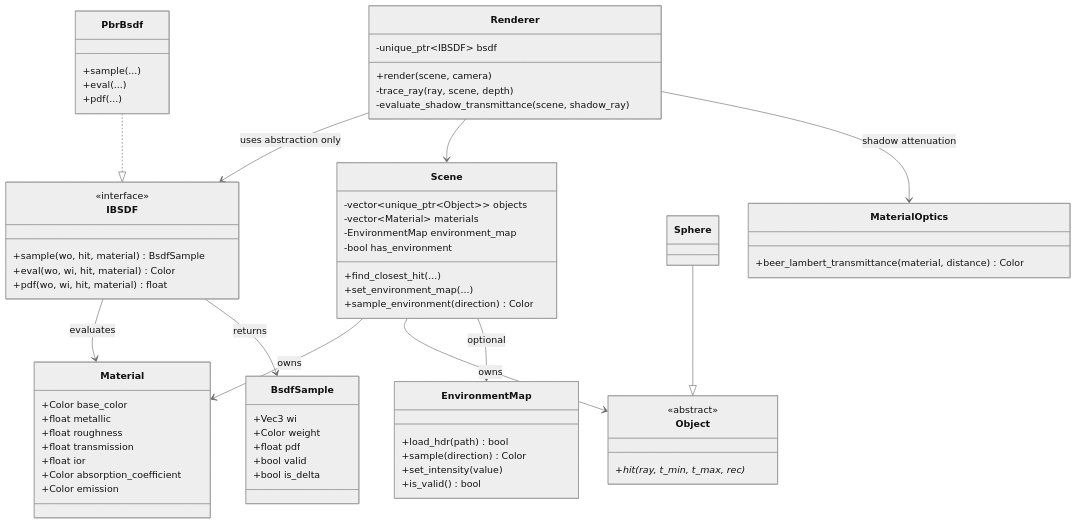
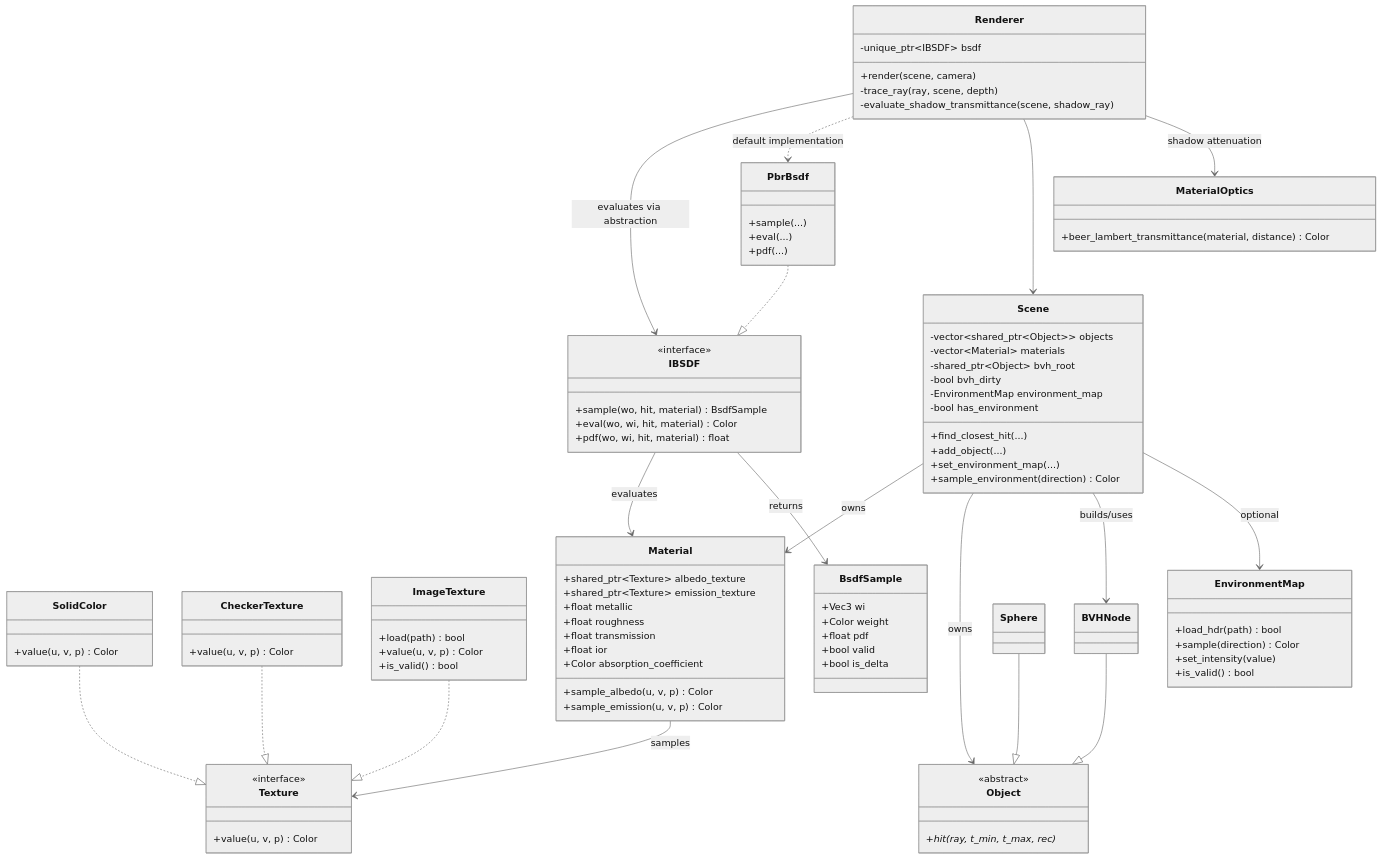
The diagram in docs/class_diagram.md (koretty/RayTracingEngine), drawn with Mermaid (neutral theme) before and after one commit. The commit also changed other lines of this file and 4 other files, not shown here.

````diff
--- a/docs/class_diagram.md
+++ b/docs/class_diagram.md
@@ -3,13 +3,34 @@
 ```mermaid
 classDiagram
+    class Texture {
+        <<interface>>
+        +value(u, v, p) Color
+    }
+
+    class SolidColor {
+        +value(u, v, p) Color
+    }
+
+    class CheckerTexture {
+        +value(u, v, p) Color
+    }
+
+    class ImageTexture {
+        +load(path) bool
+        +value(u, v, p) Color
+        +is_valid() bool
+    }
+
     class Material {
-        +Color base_color
+        +shared_ptr~Texture~ albedo_texture
+        +shared_ptr~Texture~ emission_texture
         +float metallic
         +float roughness
         +float transmission
         +float ior
         +Color absorption_coefficient
-        +Color emission
+        +sample_albedo(u, v, p) Color
+        +sample_emission(u, v, p) Color
     }
 
     class EnvironmentMap {
@@ -41,11 +62,14 @@
     }
 
     class Scene {
-        -vector~unique_ptr~Object~~ objects
+        -vector~shared_ptr~Object~~ objects
         -vector~Material~ materials
+        -shared_ptr~Object~ bvh_root
+        -bool bvh_dirty
         -EnvironmentMap environment_map
         -bool has_environment
         +find_closest_hit(...)
+        +add_object(...)
         +set_environment_map(...)
         +sample_environment(direction) Color
     }
@@ -64,17 +88,26 @@
 
     class Sphere
 
+    class BVHNode
+
     class MaterialOptics {
         +beer_lambert_transmittance(material, distance) Color
     }
 
+    SolidColor ..|> Texture
+    CheckerTexture ..|> Texture
+    ImageTexture ..|> Texture
     PbrBsdf ..|> IBSDF
-    Renderer --> IBSDF : uses abstraction only
+    Renderer --> IBSDF : evaluates via abstraction
+    Renderer ..> PbrBsdf : default implementation
     Renderer --> Scene
+    Material --> Texture : samples
     Scene --> Material : owns
     Scene --> Object : owns
+    Scene --> BVHNode : builds/uses
     Scene --> EnvironmentMap : optional
     Sphere --|> Object
+    BVHNode --|> Object
     IBSDF --> Material : evaluates
     IBSDF --> BsdfSample : returns
     Renderer --> MaterialOptics : shadow attenuation
````
